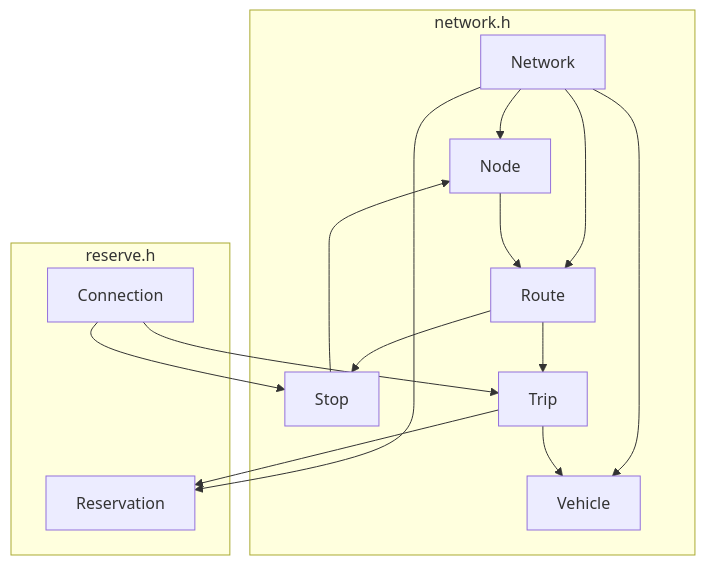
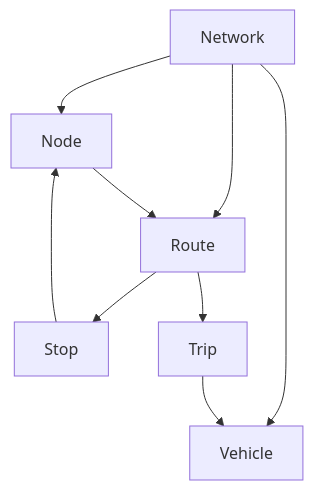
The second of 3 diagrams in README.md (maptic/osurs), drawn with Mermaid before and after one commit. The commit also changed other lines of this file, not shown here.

Commit message:
Another try.

````diff
--- a/README.md
+++ b/README.md
@@ -34,19 +34,11 @@
 ```mermaid
 graph TD;
-  subgraph network.h;
     Network-->Node;
     Network-->Route;
     Network-->Vehicle;
     Route-->Stop;
     Route-->Trip;
     Node-->Route;
     Stop-->Node;
     Trip-->Vehicle;
-  end;
-  subgraph reserve.h;
-    Network-->Reservation;
-    Trip-->Reservation;
-    Connection-->Stop;
-    Connection-->Trip;
-  end
 ```
````
